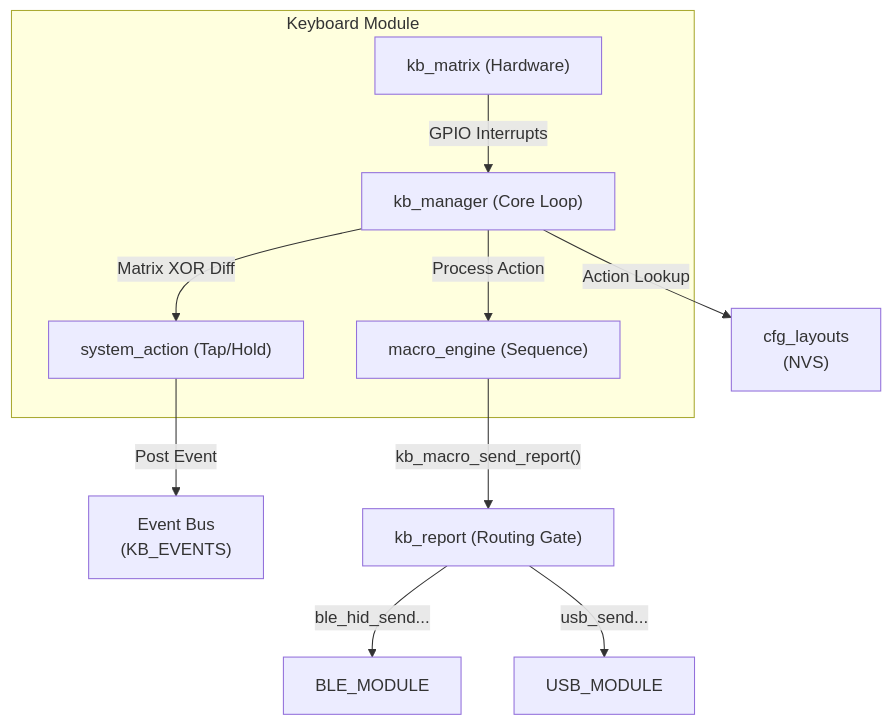
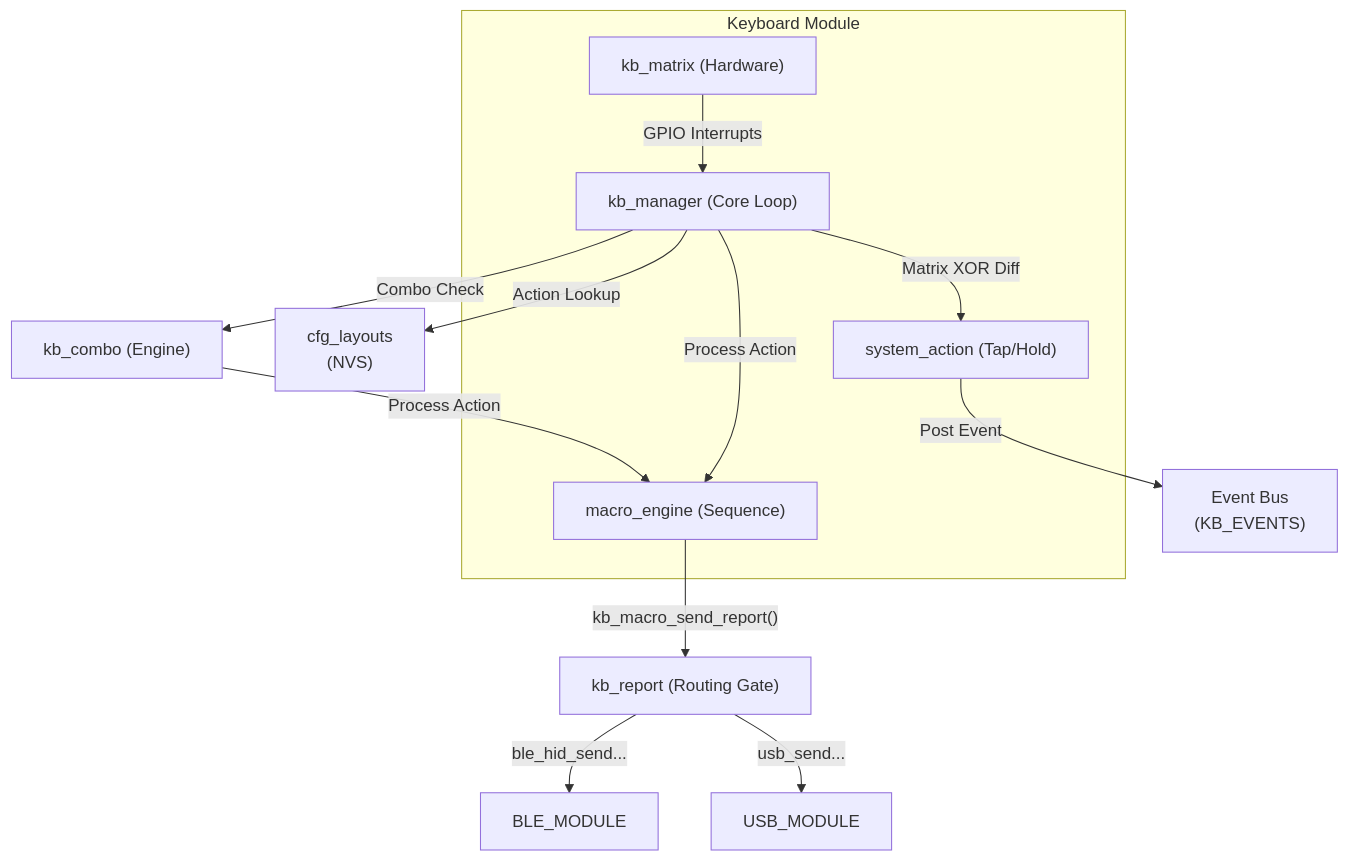
One commit to frentuka/Tecleados-ESP-Firmware changed the diagram in universe/modules/KEYBOARD_MODULE.md. Above: the diagram before and after it, drawn with Mermaid. The commit also changed other lines of this file and 21 other files, not shown here.

Commit message:
implemented the firmware-side combo engine with split-half synchronization and updated the web configurator to query and enforce combo limits

````diff
--- a/universe/modules/KEYBOARD_MODULE.md
+++ b/universe/modules/KEYBOARD_MODULE.md
@@ -95,23 +101,25 @@
 ```mermaid
 graph TD
     subgraph keyboard ["Keyboard Module"]
         MGR["kb_manager (Core Loop)"]
         MACRO["macro_engine (Sequence)"]
         SYS["system_action (Tap/Hold)"]
         MATRIX["kb_matrix (Hardware)"]
     end
 
     EVENT_BUS["Event Bus<br/>(KB_EVENTS)"]
     CONFIG["cfg_layouts<br/>(NVS)"]
 
     MATRIX -- "GPIO Interrupts" --> MGR
     MGR -- "Matrix XOR Diff" --> SYS
     SYS -- "Post Event" --> EVENT_BUS
     MGR -- "Action Lookup" --> CONFIG
+    MGR -- "Combo Check" --> COMBO["kb_combo (Engine)"]
+    COMBO -- "Process Action" --> MACRO
     MGR -- "Process Action" --> MACRO
     
     MACRO -- "kb_macro_send_report()" --> ROUTER["kb_report (Routing Gate)"]
     
     ROUTER -- "ble_hid_send..." --> BLE["BLE_MODULE"]
     ROUTER -- "usb_send..." --> USB["USB_MODULE"]
 ```
````
